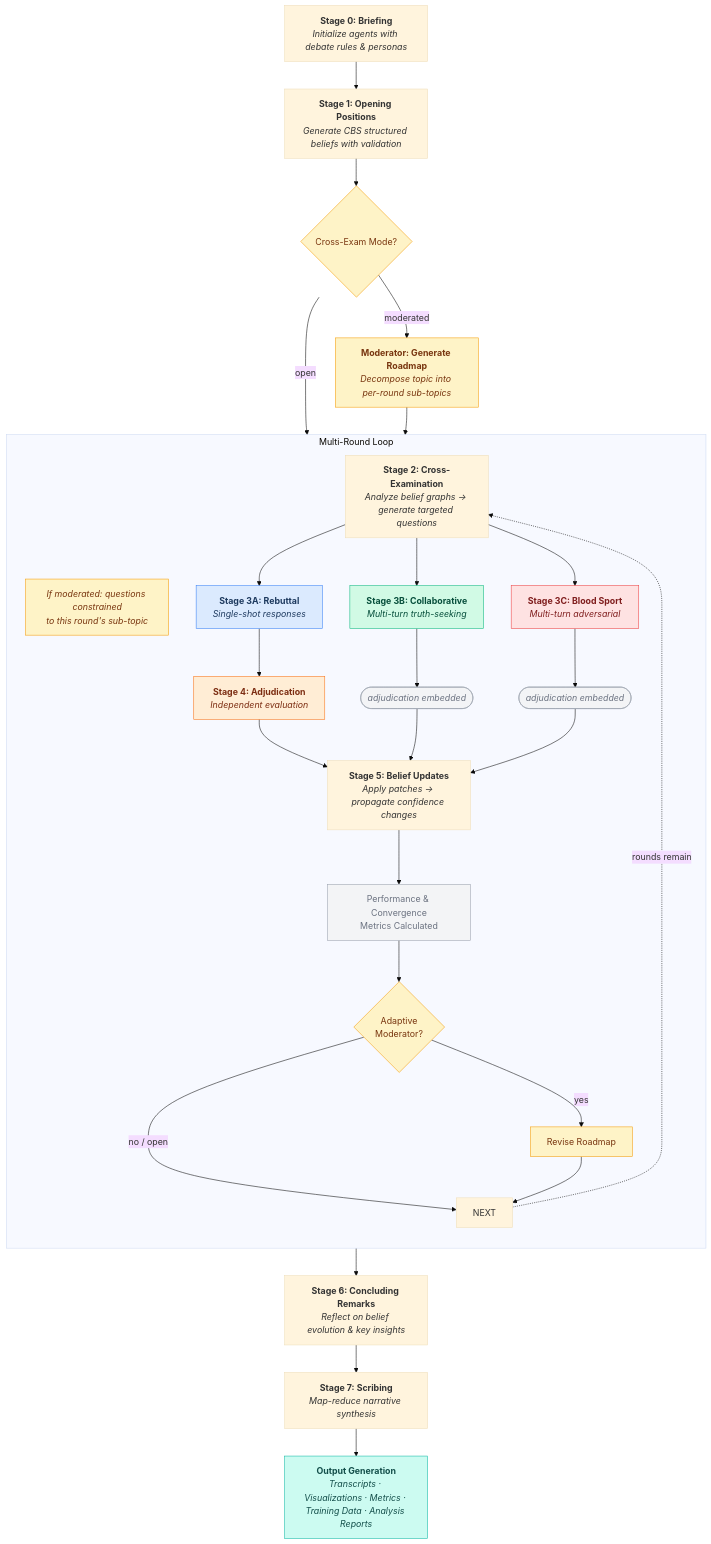
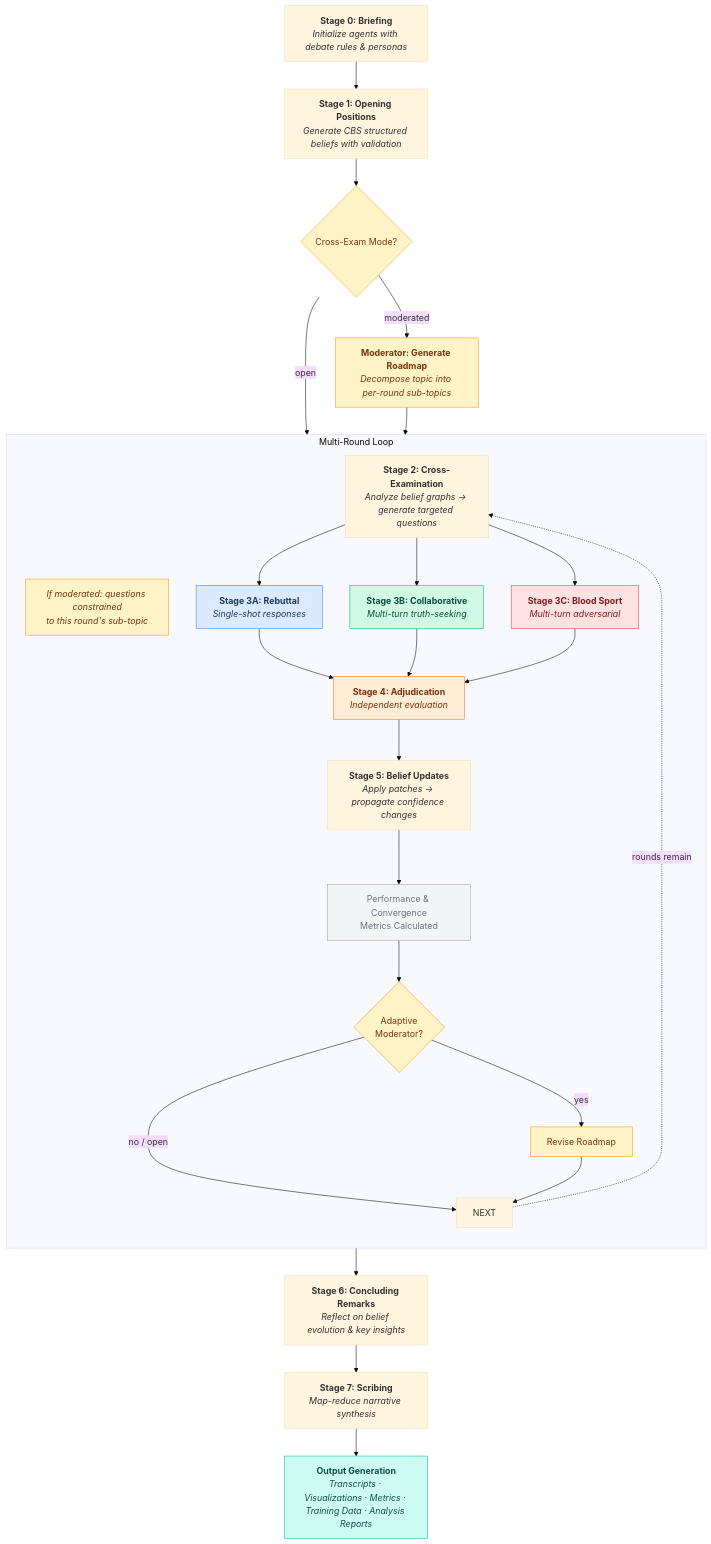
The diagram in README.md (GdKent/CHAL), drawn with Mermaid (base theme) before and after one commit.

Commit message:
Updated diagram.

````diff
--- a/README.md
+++ b/README.md
@@ -171,65 +171,61 @@
 ```mermaid
 flowchart TD
     S0["<b>Stage 0: Briefing</b><br/><i>Initialize agents with debate rules & personas</i>"]
     S1["<b>Stage 1: Opening Positions</b><br/><i>Generate CBS structured beliefs with validation</i>"]
 
     S0 --> S1
     S1 --> MOD_CHECK
 
     MOD_CHECK{"Cross-Exam Mode?"}
     MOD_CHECK -->|"open"| LOOP
     MOD_CHECK -->|"moderated"| MOD_GEN
 
     MOD_GEN["<b>Moderator: Generate Roadmap</b><br/><i>Decompose topic into per-round sub-topics</i>"]
     MOD_GEN --> LOOP
 
     subgraph LOOP ["Multi-Round Loop"]
         direction TB
         S2["<b>Stage 2: Cross-Examination</b><br/><i>Analyze belief graphs → generate targeted questions</i>"]
         S2_NOTE["<i>If moderated: questions constrained<br/>to this round's sub-topic</i>"]
 
         S2 ~~~ S2_NOTE
 
         S2 --> S3A & S3B & S3C
 
         S3A["<b>Stage 3A: Rebuttal</b><br/><i>Single-shot responses</i>"]
         S3B["<b>Stage 3B: Collaborative</b><br/><i>Multi-turn truth-seeking</i>"]
         S3C["<b>Stage 3C: Blood Sport</b><br/><i>Multi-turn adversarial</i>"]
 
         S3A --> S4["<b>Stage 4: Adjudication</b><br/><i>Independent evaluation</i>"]
-        S3B --> EMB_B(["<i>adjudication embedded</i>"])
-        S3C --> EMB_C(["<i>adjudication embedded</i>"])
+        S3B --> S4
+        S3C --> S4
 
         S4 --> S5
-        EMB_B --> S5
-        EMB_C --> S5
 
         S5["<b>Stage 5: Belief Updates</b><br/><i>Apply patches → propagate confidence changes</i>"]
         S5 --> METRICS["Performance & Convergence<br/>Metrics Calculated"]
 
         METRICS --> MOD_REV{"Adaptive<br/>Moderator?"}
         MOD_REV -->|"yes"| REVISE["Revise Roadmap"]
         MOD_REV -->|"no / open"| NEXT
         REVISE --> NEXT
 
         NEXT -.->|"rounds remain"| S2
     end
 
     LOOP --> S6["<b>Stage 6: Concluding Remarks</b><br/><i>Reflect on belief evolution & key insights</i>"]
     S6 --> S7["<b>Stage 7: Scribing</b><br/><i>Map-reduce narrative synthesis</i>"]
     S7 --> OUT["<b>Output Generation</b><br/><i>Transcripts · Visualizations · Metrics · Training Data · Analysis Reports</i>"]
 
     style S3A fill:#dbeafe,stroke:#3b82f6,color:#1e3a5f
     style S3B fill:#d1fae5,stroke:#10b981,color:#064e3b
     style S3C fill:#fee2e2,stroke:#ef4444,color:#7f1d1d
     style S4 fill:#ffedd5,stroke:#f97316,color:#7c2d12
-    style EMB_B fill:#f3f4f6,stroke:#9ca3af,color:#6b7280
-    style EMB_C fill:#f3f4f6,stroke:#9ca3af,color:#6b7280
     style METRICS fill:#f3f4f6,stroke:#9ca3af,color:#6b7280
     style OUT fill:#ccfbf1,stroke:#14b8a6,color:#134e4a
     style MOD_CHECK fill:#fef3c7,stroke:#f59e0b,color:#78350f
     style MOD_GEN fill:#fef3c7,stroke:#f59e0b,color:#78350f
     style MOD_REV fill:#fef3c7,stroke:#f59e0b,color:#78350f
     style REVISE fill:#fef3c7,stroke:#f59e0b,color:#78350f
     style S2_NOTE fill:#fef3c7,stroke:#f59e0b,color:#78350f
 ```
````
